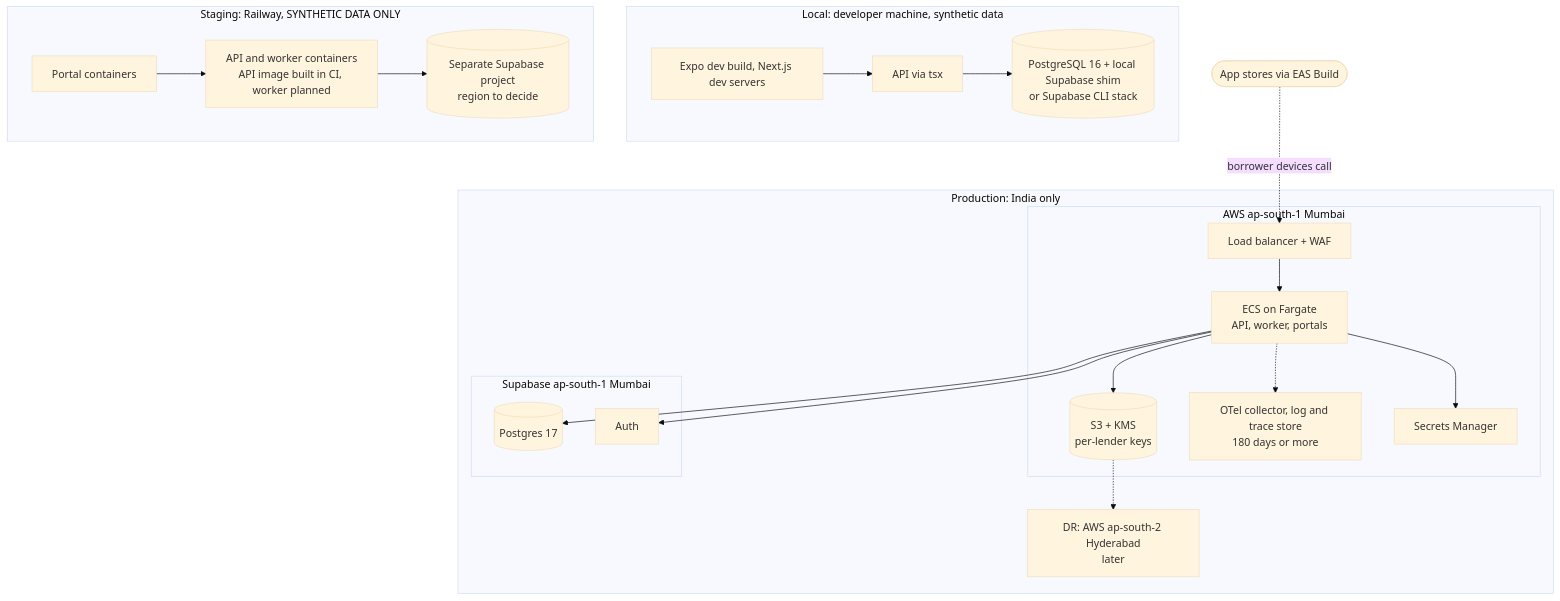
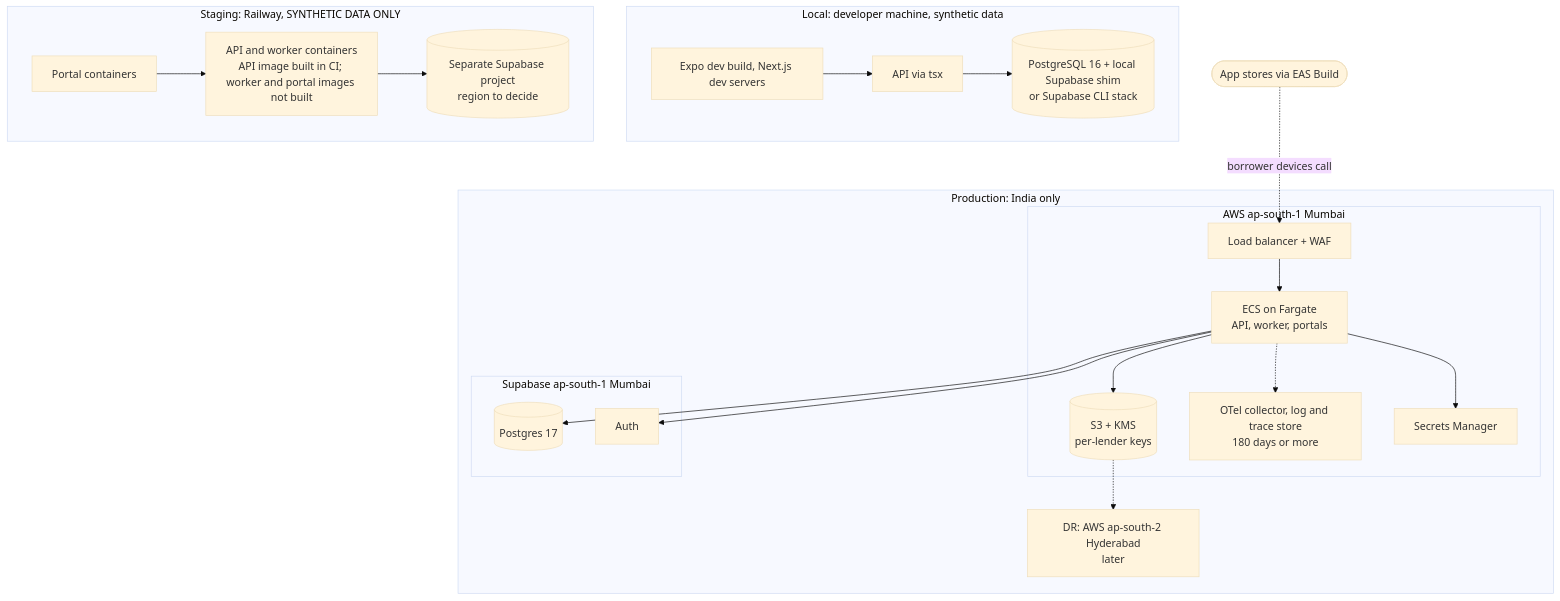
One commit to lawdocs/udofin1 changed the third of 5 diagrams in docs/architecture/overview.md. Above: the diagram before and after it, drawn with Mermaid (base theme). The commit also changed other lines of this file and 21 other files, not shown here.

````diff
--- a/docs/architecture/overview.md
+++ b/docs/architecture/overview.md
@@ -227,41 +229,41 @@
 ```mermaid
 flowchart TB
   subgraph localEnv["Local: developer machine, synthetic data"]
     lapp["Expo dev build, Next.js dev servers"]
     lapi["API via tsx"]
     ldb[("PostgreSQL 16 + local Supabase shim<br/>or Supabase CLI stack")]
     lapp --> lapi --> ldb
   end
 
   subgraph stagingEnv["Staging: Railway, SYNTHETIC DATA ONLY"]
-    sapi["API and worker containers<br/>API image built in CI, worker planned"]
+    sapi["API and worker containers<br/>API image built in CI; worker and portal images not built"]
     sportals["Portal containers"]
     sdb[("Separate Supabase project<br/>region to decide")]
     sportals --> sapi --> sdb
   end
 
   subgraph prodEnv["Production: India only"]
     subgraph awsMum["AWS ap-south-1 Mumbai"]
       alb["Load balancer + WAF"]
       ecs["ECS on Fargate<br/>API, worker, portals"]
       s3p[("S3 + KMS<br/>per-lender keys")]
       otel["OTel collector, log and trace store<br/>180 days or more"]
       secrets["Secrets Manager"]
       alb --> ecs
       ecs --> s3p
       ecs -.-> otel
       ecs --> secrets
     end
     subgraph supaMum["Supabase ap-south-1 Mumbai"]
       ppg[("Postgres 17")]
       pauth["Auth"]
     end
     ecs --> ppg
     ecs --> pauth
     dr["DR: AWS ap-south-2 Hyderabad<br/>later"]
     s3p -.-> dr
   end
 
   stores(["App stores via EAS Build"])
   stores -.->|"borrower devices call"| alb
 ```
````
